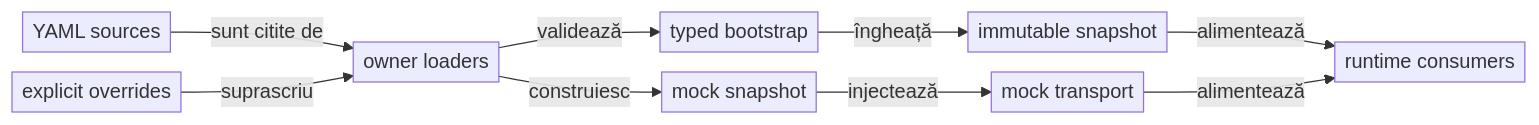
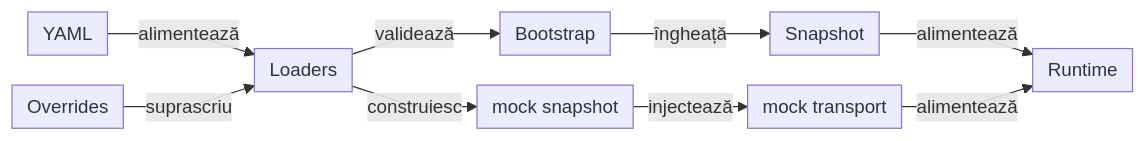
One commit to crististefanita/atf_j0 changed the seventh of 11 diagrams in docs/ATF_Architecture.md. Above: the diagram before and after it, drawn with Mermaid. The commit also changed other lines of this file and 97 other files, not shown here.

````diff
--- a/docs/ATF_Architecture.md
+++ b/docs/ATF_Architecture.md
@@ -448,12 +502,12 @@
 ```mermaid
-%%{init: {"themeVariables": {"fontSize": "16px"}, "themeCSS": ".edgeLabel p { font-size: 13px; line-height: 1.1; margin: 0; padding: 0 2px; }", "flowchart": {"nodeSpacing": 16, "rankSpacing": 48, "padding": 4}}}%%
+%%{init: {"themeVariables":{"fontSize":"15px"},"themeCSS":".nodeLabel, .nodeLabel p { font-size: 15px !important; line-height: 1.35 !important; } .edgeLabel, .edgeLabel p { font-size: 12px !important; font-weight: 400 !important; line-height: 1.2 !important; } .edgeLabel .labelBkg, .edgeLabel p { background: transparent !important; } .edgeLabel foreignObject { transform: translateY(-18px); overflow: visible; } .node rect { rx: 6px; ry: 6px; }","flowchart":{"curve":"linear","nodeSpacing":24,"rankSpacing":24,"padding":6,"diagramPadding":20}}}%%
 flowchart LR
-    Sources["YAML sources"] -->|sunt citite de| Loaders["owner loaders"]
-    Overrides["explicit overrides"] -->|suprascriu| Loaders
-    Loaders -->|validează| Bootstrap["typed bootstrap"]
-    Bootstrap -->|îngheață| Snapshot["immutable snapshot"]
-    Snapshot -->|alimentează| Runtime["runtime consumers"]
+    Sources["YAML"] -->|alimentează| Loaders["Loaders"]
+    Overrides["Overrides"] -->|suprascriu| Loaders
+    Loaders -->|validează| Bootstrap["Bootstrap"]
+    Bootstrap -->|îngheață| Snapshot["Snapshot"]
+    Snapshot -->|alimentează| Runtime["Runtime"]
     Loaders -->|construiesc| Mock["mock snapshot"]
     Mock -->|injectează| Transport["mock transport"]
     Transport -->|alimentează| Runtime
 ```
````
